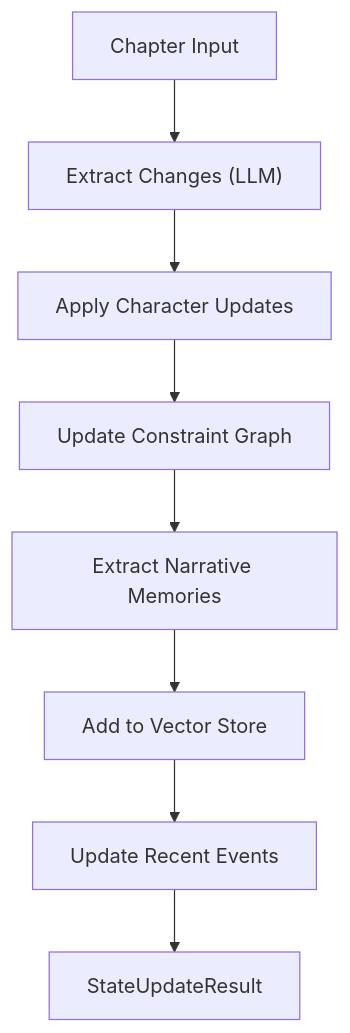
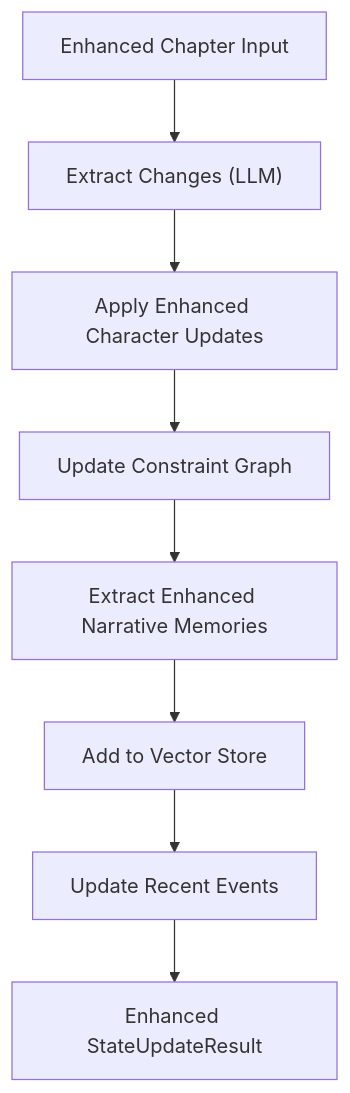
Before and after one commit to liwonder/NARRITIVE_OS: the sixth of 13 diagrams in .qoder/repowiki/en/content/Memory Management System/Memory Management System.md, drawn with Mermaid. The commit also changed other lines of this file and 12 other files, not shown here.

````diff
--- a/.qoder/repowiki/en/content/Memory Management System/Memory Management System.md
+++ b/.qoder/repowiki/en/content/Memory Management System/Memory Management System.md
@@ -341,10 +344,10 @@
 ```mermaid
 flowchart TD
-A["Chapter Input"] --> B["Extract Changes (LLM)"]
-B --> C["Apply Character Updates"]
+A["Enhanced Chapter Input"] --> B["Extract Changes (LLM)"]
+B --> C["Apply Enhanced Character Updates"]
 C --> D["Update Constraint Graph"]
-D --> E["Extract Narrative Memories"]
+D --> E["Extract Enhanced Narrative Memories"]
 E --> F["Add to Vector Store"]
 F --> G["Update Recent Events"]
-G --> H["StateUpdateResult"]
+G --> H["Enhanced StateUpdateResult"]
 ```
````
